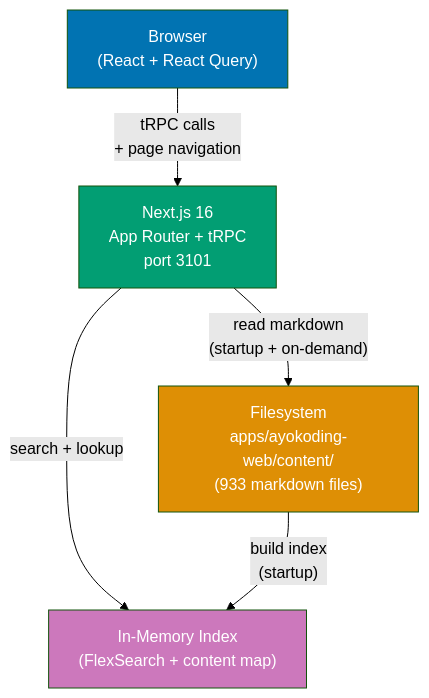
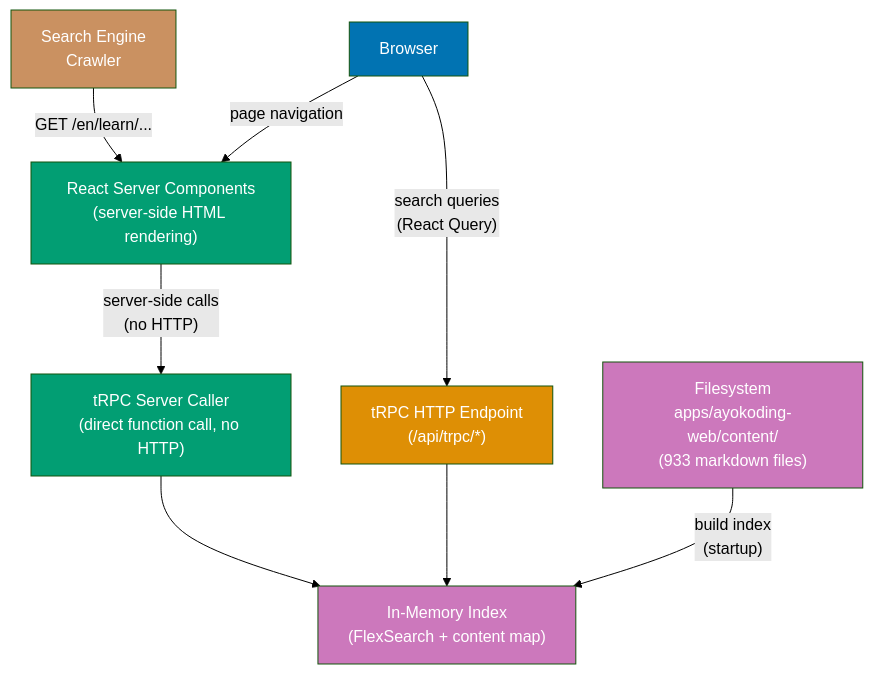
The diagram in plans/in-progress/2026-03-23__ayokoding-web-v2/tech-docs.md (wahidyankf/open-sharia-enterprise), drawn with Mermaid (forest theme) before and after one commit. The commit also changed other lines of this file and 2 other files, not shown here.

First line of the commit message:
docs(plans): enforce server-side rendering for SEO in ayokoding-web-v2

````diff
--- a/plans/in-progress/2026-03-23__ayokoding-web-v2/tech-docs.md
+++ b/plans/in-progress/2026-03-23__ayokoding-web-v2/tech-docs.md
@@ -9,17 +15,26 @@
 ```mermaid
 flowchart TD
-    Browser["Browser\n(React + React Query)"]
-    NextJS["Next.js 16\nApp Router + tRPC\nport 3101"]
+    Crawler["Search Engine\nCrawler"]
+    Browser["Browser"]
+    RSC["React Server Components\n(server-side HTML rendering)"]
+    TRPC_S["tRPC Server Caller\n(direct function call, no HTTP)"]
+    TRPC_H["tRPC HTTP Endpoint\n(/api/trpc/*)"]
     FS["Filesystem\napps/ayokoding-web/content/\n(933 markdown files)"]
     Index["In-Memory Index\n(FlexSearch + content map)"]
 
-    Browser -- "tRPC calls\n+ page navigation" --> NextJS
-    NextJS -- "read markdown\n(startup + on-demand)" --> FS
-    NextJS -- "search + lookup" --> Index
+    Crawler -- "GET /en/learn/..." --> RSC
+    Browser -- "page navigation" --> RSC
+    Browser -- "search queries\n(React Query)" --> TRPC_H
+    RSC -- "server-side calls\n(no HTTP)" --> TRPC_S
+    TRPC_S --> Index
+    TRPC_H --> Index
     FS -- "build index\n(startup)" --> Index
 
+    style Crawler fill:#CA9161,color:#ffffff
     style Browser fill:#0173B2,color:#ffffff
-    style NextJS fill:#029E73,color:#ffffff
-    style FS fill:#DE8F05,color:#ffffff
+    style RSC fill:#029E73,color:#ffffff
+    style TRPC_S fill:#029E73,color:#ffffff
+    style TRPC_H fill:#DE8F05,color:#ffffff
+    style FS fill:#CC78BC,color:#ffffff
     style Index fill:#CC78BC,color:#ffffff
 ```
````
